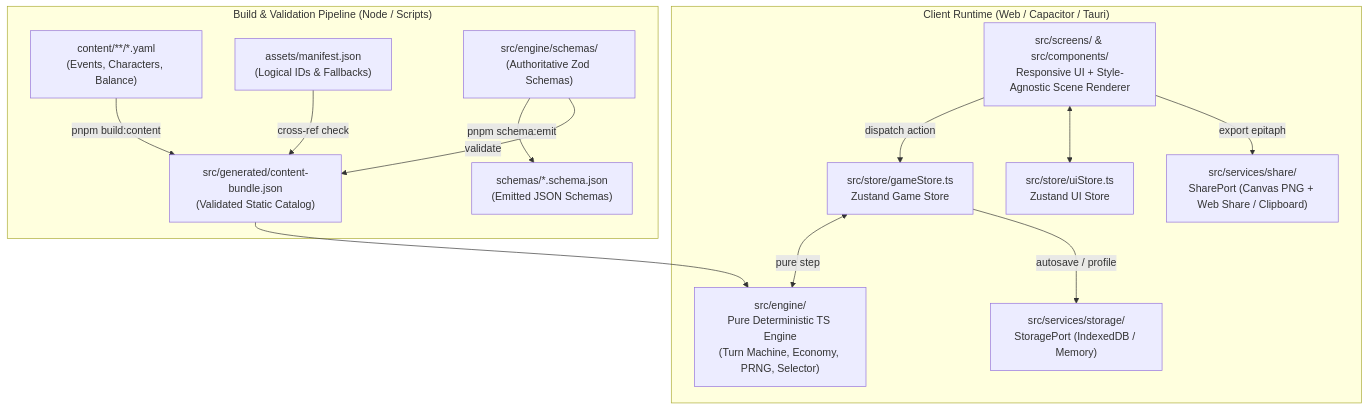
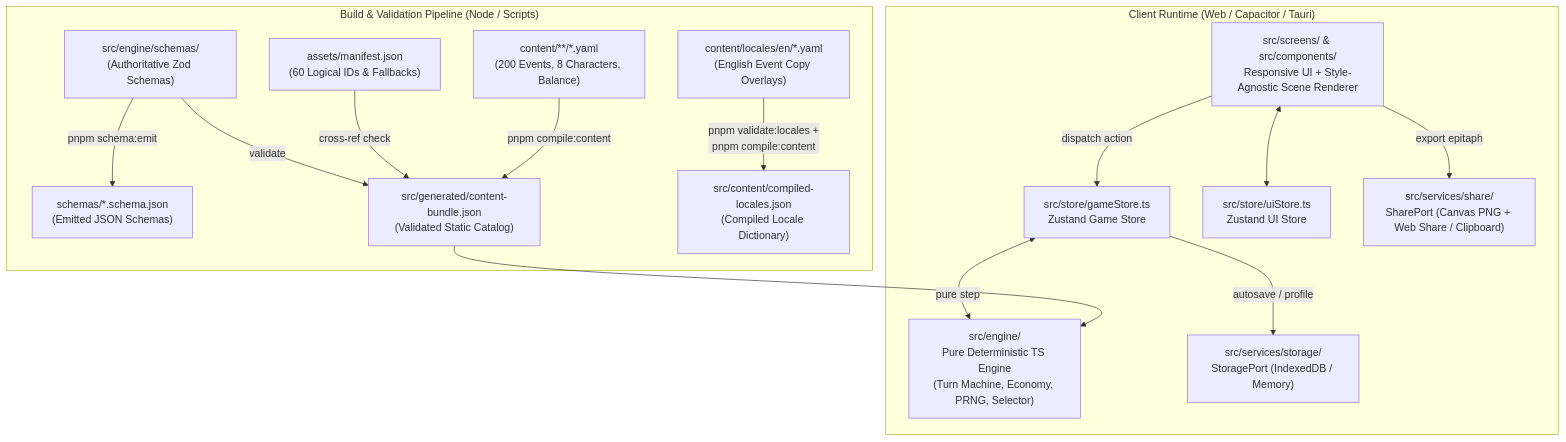
The first of 2 diagrams in ARCHITECTURE.md (dsalva9/autonomo-simulator), drawn with Mermaid before and after one commit. The commit also changed other lines of this file and 194 other files, not shown here.

First line of the commit message:
feat(phase3): ship 200-event catalog, full English i18n, comic art, itch zip & CI

````diff
--- a/ARCHITECTURE.md
+++ b/ARCHITECTURE.md
@@ -35,31 +35,34 @@
 ```mermaid
 flowchart TB
     subgraph BuildTime["Build & Validation Pipeline (Node / Scripts)"]
-        YAML["content/**/*.yaml\n(Events, Characters, Balance)"]
-        MAN["assets/manifest.json\n(Logical IDs & Fallbacks)"]
+        YAML["content/**/*.yaml\n(200 Events, 8 Characters, Balance)"]
+        LOC["content/locales/en/*.yaml\n(English Event Copy Overlays)"]
+        MAN["assets/manifest.json\n(60 Logical IDs & Fallbacks)"]
         ZOD["src/engine/schemas/\n(Authoritative Zod Schemas)"]
         JSONS["schemas/*.schema.json\n(Emitted JSON Schemas)"]
         BUNDLE["src/generated/content-bundle.json\n(Validated Static Catalog)"]
+        LOCBUNDLE["src/content/compiled-locales.json\n(Compiled Locale Dictionary)"]
 
         ZOD -->|"pnpm schema:emit"| JSONS
-        YAML -->|"pnpm build:content"| BUNDLE
+        YAML -->|"pnpm compile:content"| BUNDLE
+        LOC -->|"pnpm validate:locales +\npnpm compile:content"| LOCBUNDLE
         MAN -->|"cross-ref check"| BUNDLE
         ZOD -->|"validate"| BUNDLE
     end
 
     subgraph Runtime["Client Runtime (Web / Capacitor / Tauri)"]
         ENGINE["src/engine/\nPure Deterministic TS Engine\n(Turn Machine, Economy, PRNG, Selector)"]
         GSTORE["src/store/gameStore.ts\nZustand Game Store"]
         UISTORE["src/store/uiStore.ts\nZustand UI Store"]
         UI["src/screens/ & src/components/\nResponsive UI + Style-Agnostic Scene Renderer"]
         STORAGE["src/services/storage/\nStoragePort (IndexedDB / Memory)"]
         SHARE["src/services/share/\nSharePort (Canvas PNG + Web Share / Clipboard)"]
 
         BUNDLE --> ENGINE
         UI -->|"dispatch action"| GSTORE
         UI <--> UISTORE
         GSTORE <-->|"pure step"| ENGINE
         GSTORE -->|"autosave / profile"| STORAGE
         UI -->|"export epitaph"| SHARE
     end
 ```
````
